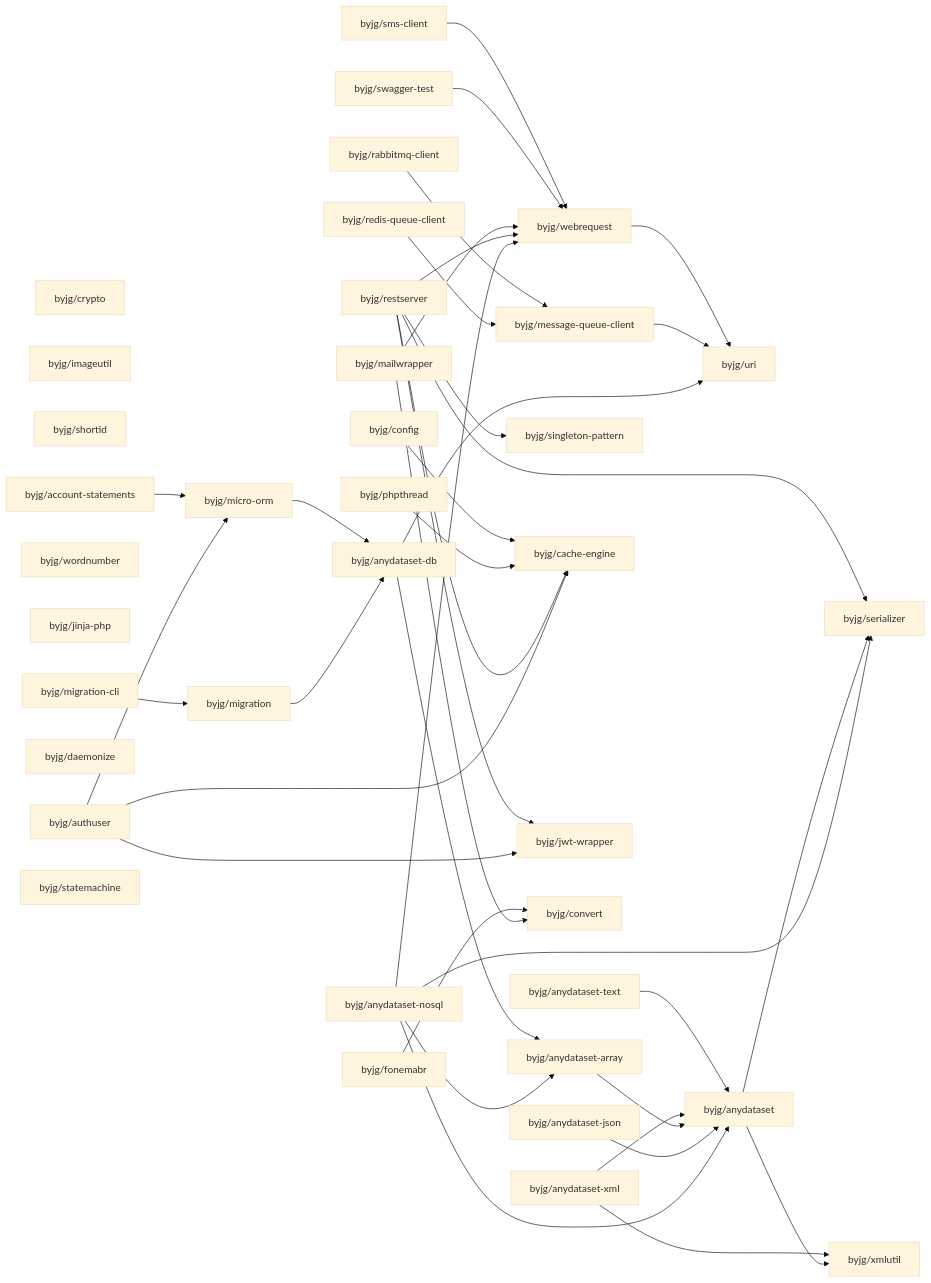
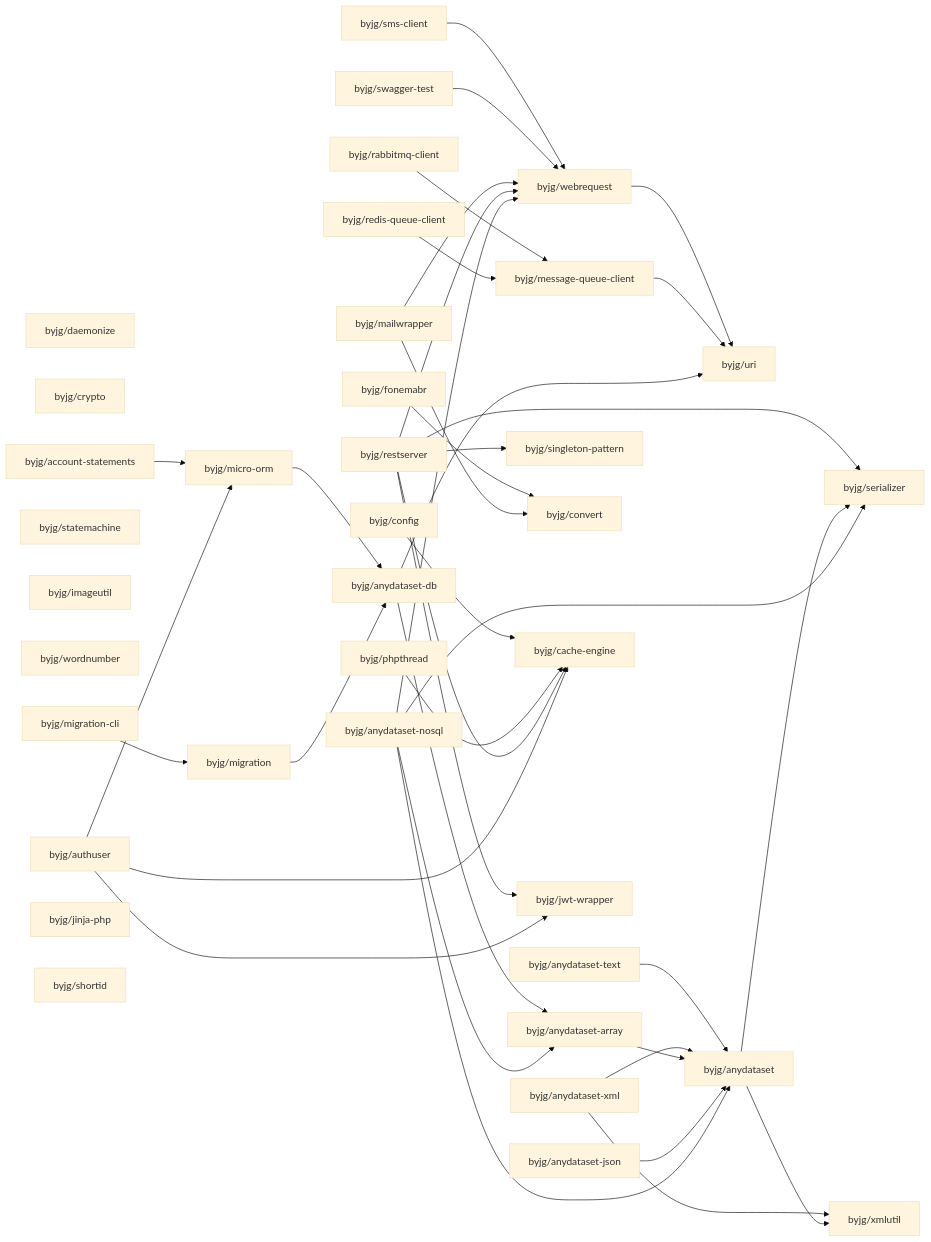
One commit to byjg/byjg.github.io changed the diagram in php/README.md. Above: the diagram before and after it, drawn with Mermaid (base theme). The commit also changed other lines of this file and 1 other file, not shown here.

Commit message:
Update documentation 'php' 'php-anydataset-db'

````diff
--- a/php/README.md
+++ b/php/README.md
@@ -3,76 +3,76 @@
 ```mermaid
 graph LR;
+  byjg/anydataset-nosql;
+  byjg/daemonize;
+  byjg/crypto;
+  byjg/account-statements;
+  byjg/redis-queue-client;
+  byjg/config;
+  byjg/swagger-test;
+  byjg/rabbitmq-client;
+  byjg/restserver;
+  byjg/anydataset-xml;
   byjg/fonemabr;
-  byjg/crypto;
+  byjg/anydataset-json;
+  byjg/sms-client;
+  byjg/mailwrapper;
+  byjg/anydataset-text;
+  byjg/phpthread;
+  byjg/statemachine;
   byjg/imageutil;
-  byjg/redis-queue-client;
+  byjg/wordnumber;
+  byjg/authuser;
+  byjg/migration-cli;
+  byjg/jinja-php;
   byjg/shortid;
-  byjg/account-statements;
-  byjg/config;
-  byjg/restserver;
-  byjg/wordnumber;
-  byjg/jinja-php;
-  byjg/anydataset-nosql;
-  byjg/anydataset-json;
-  byjg/phpthread;
-  byjg/migration-cli;
-  byjg/rabbitmq-client;
-  byjg/daemonize;
-  byjg/authuser;
-  byjg/mailwrapper;
-  byjg/statemachine;
-  byjg/anydataset-text;
-  byjg/sms-client;
-  byjg/anydataset-xml;
-  byjg/swagger-test;
+  byjg/message-queue-client;
   byjg/singleton-pattern;
-  byjg/migration;
-  byjg/message-queue-client;
+  byjg/convert;
+  byjg/webrequest;
   byjg/micro-orm;
   byjg/cache-engine;
   byjg/jwt-wrapper;
-  byjg/convert;
-  byjg/webrequest;
+  byjg/migration;
   byjg/anydataset-db;
   byjg/anydataset-array;
   byjg/uri;
   byjg/anydataset;
   byjg/serializer;
   byjg/xmlutil;
   byjg/sms-client --> byjg/webrequest;
   byjg/fonemabr --> byjg/convert;
   byjg/config --> byjg/cache-engine;
   byjg/anydataset-text --> byjg/anydataset;
   byjg/webrequest --> byjg/uri;
   byjg/account-statements --> byjg/micro-orm;
   byjg/rabbitmq-client --> byjg/message-queue-client;
   byjg/micro-orm --> byjg/anydataset-db;
   byjg/phpthread --> byjg/cache-engine;
   byjg/swagger-test --> byjg/webrequest;
   byjg/anydataset-xml --> byjg/anydataset;
   byjg/anydataset-xml --> byjg/xmlutil;
   byjg/anydataset-array --> byjg/anydataset;
   byjg/mailwrapper --> byjg/convert;
   byjg/mailwrapper --> byjg/webrequest;
   byjg/message-queue-client --> byjg/uri;
   byjg/anydataset-db --> byjg/anydataset-array;
   byjg/anydataset-db --> byjg/uri;
   byjg/anydataset-json --> byjg/anydataset;
   byjg/migration --> byjg/anydataset-db;
   byjg/redis-queue-client --> byjg/message-queue-client;
   byjg/restserver --> byjg/serializer;
   byjg/restserver --> byjg/singleton-pattern;
   byjg/restserver --> byjg/cache-engine;
   byjg/restserver --> byjg/webrequest;
   byjg/restserver --> byjg/jwt-wrapper;
   byjg/authuser --> byjg/micro-orm;
   byjg/authuser --> byjg/cache-engine;
   byjg/authuser --> byjg/jwt-wrapper;
   byjg/migration-cli --> byjg/migration;
   byjg/anydataset --> byjg/serializer;
   byjg/anydataset --> byjg/xmlutil;
   byjg/anydataset-nosql --> byjg/anydataset;
   byjg/anydataset-nosql --> byjg/anydataset-array;
   byjg/anydataset-nosql --> byjg/serializer;
   byjg/anydataset-nosql --> byjg/webrequest;
 ```
````
